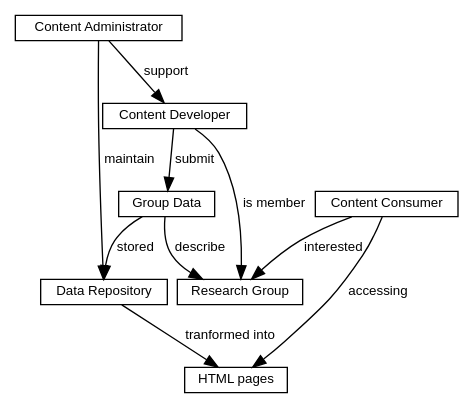
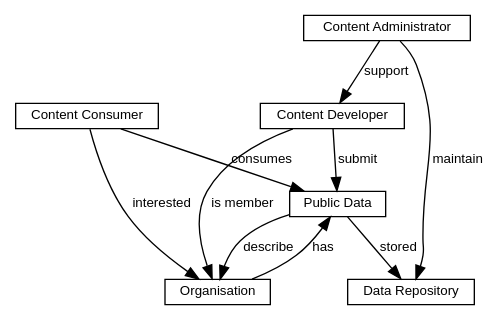
The diagram in doc/paper/conc-model.dot (istlab/web), drawn with Graphviz before and after one commit. The commit also changed 2 other files, not shown here.

```diff
--- a/doc/paper/conc-model.dot
+++ b/doc/paper/conc-model.dot
@@ -1,26 +1,25 @@
 #!/usr/bin/dot
-# $id: $
+# $Id$
 
 digraph G{
-	nodesep=.1;
+	//nodesep=.1;
 	node [height=.15,shape=box,fontname="Helvetica",fontsize=10];
 	edge [arrowhead=normal,arrowtail=none,fontname="Helvetica",fontsize=10];
-
-	html [label="HTML pages"];
+	
 	content_provider [label="Content Developer"];
-	group_data [label="Group Data"];
+	public_data [label="Public Data"];
 	system_administrator [label="Content Administrator"];
 	repository [label="Data Repository"];
 	end_user [label="Content Consumer"];
-	research_group [label="Research Group"];
+	organisation [label="Organisation"];
 	
-	content_provider->group_data [label="submit"];
+	content_provider->public_data [label="submit"];
 	system_administrator->content_provider [label="support"];
 	system_administrator->repository [label="maintain"];
-	end_user->html [label="accessing"];
-	content_provider->research_group [label="is member"];
-	group_data->research_group [label="describe"];
-	end_user->research_group [label="interested"];
-	group_data->repository [label="stored"];
-	repository->html [label="tranformed into"];
+	content_provider->organisation [label="is member"];
+	public_data->organisation [label="describe"];
+	end_user->organisation [label="interested"];
+	public_data->repository [label="stored"];
+	end_user->public_data [label="consumes"];
+	organisation->public_data [label="has"];
 }
```
